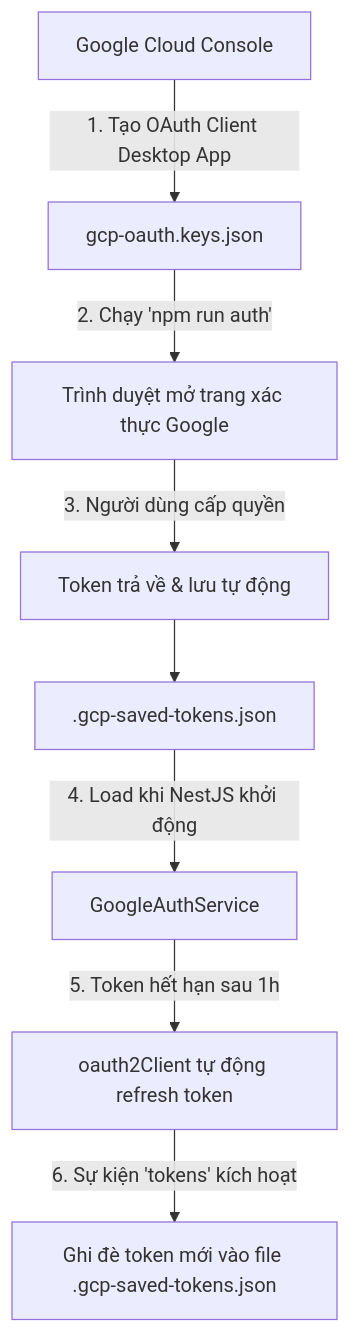
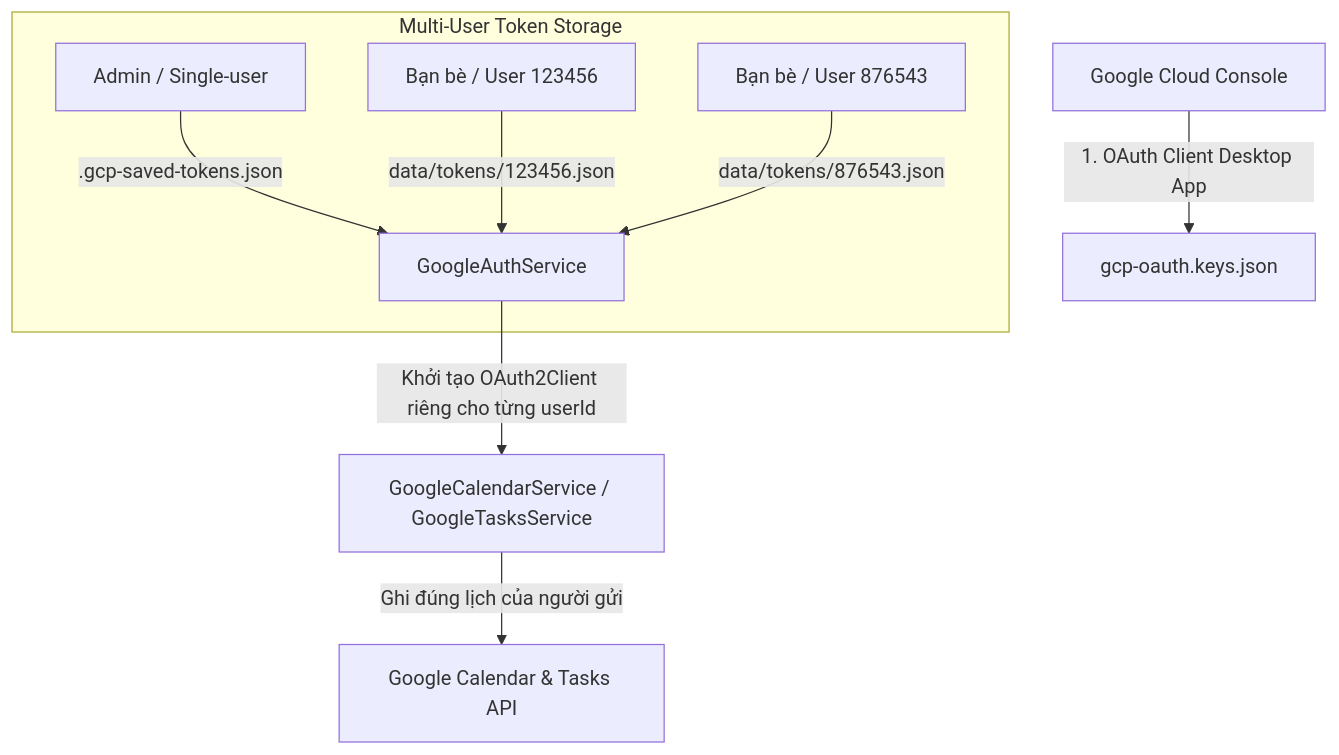
The diagram in docs/google-integration.md (dat-dv/telebot), drawn with Mermaid before and after one commit. The commit also changed other lines of this file and 25 other files, not shown here.

Commit message:
feat: implement multi-user support for Google services with a new user persistence layer and scoped tool execution.

````diff
--- a/docs/google-integration.md
+++ b/docs/google-integration.md
@@ -11,10 +11,13 @@
 ```mermaid
 graph TD
-    A[Google Cloud Console] -->|1. Tạo OAuth Client Desktop App| B[gcp-oauth.keys.json]
-    B -->|2. Chạy 'npm run auth'| C[Trình duyệt mở trang xác thực Google]
-    C -->|3. Người dùng cấp quyền| D[Token trả về & lưu tự động]
-    D --> E[.gcp-saved-tokens.json]
-    E -->|4. Load khi NestJS khởi động| F[GoogleAuthService]
-    F -->|5. Token hết hạn sau 1h| G[oauth2Client tự động refresh token]
-    G -->|6. Sự kiện 'tokens' kích hoạt| H[Ghi đè token mới vào file .gcp-saved-tokens.json]
+    A[Google Cloud Console] -->|1. OAuth Client Desktop App| B[gcp-oauth.keys.json]
+    
+    subgraph Multi-User Token Storage
+        C[Admin / Single-user] -->|.gcp-saved-tokens.json| E[GoogleAuthService]
+        D[Bạn bè / User 123456] -->|data/tokens/123456.json| E
+        F[Bạn bè / User 876543] -->|data/tokens/876543.json| E
+    end
+
+    E -->|Khởi tạo OAuth2Client riêng cho từng userId| G[GoogleCalendarService / GoogleTasksService]
+    G -->|Ghi đúng lịch của người gửi| H[Google Calendar & Tasks API]
 ```
````
